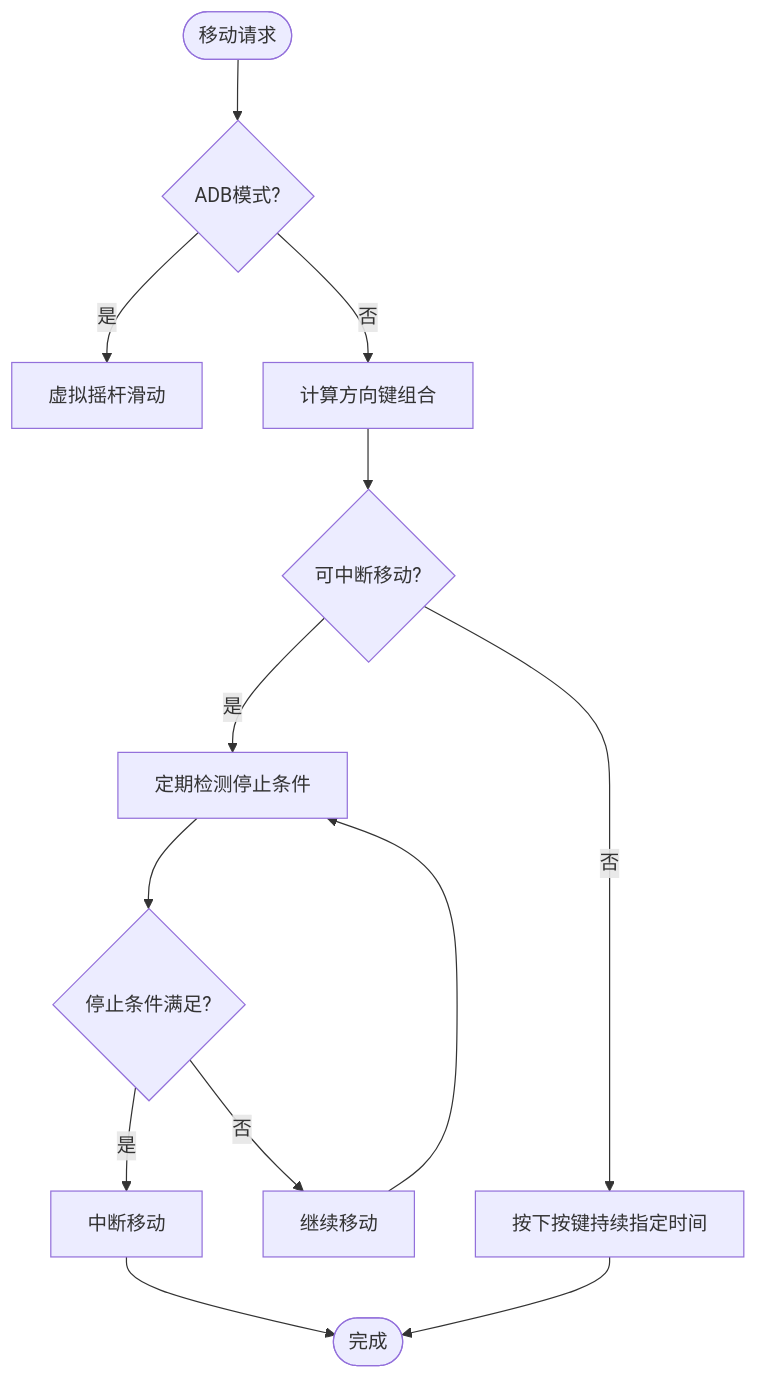
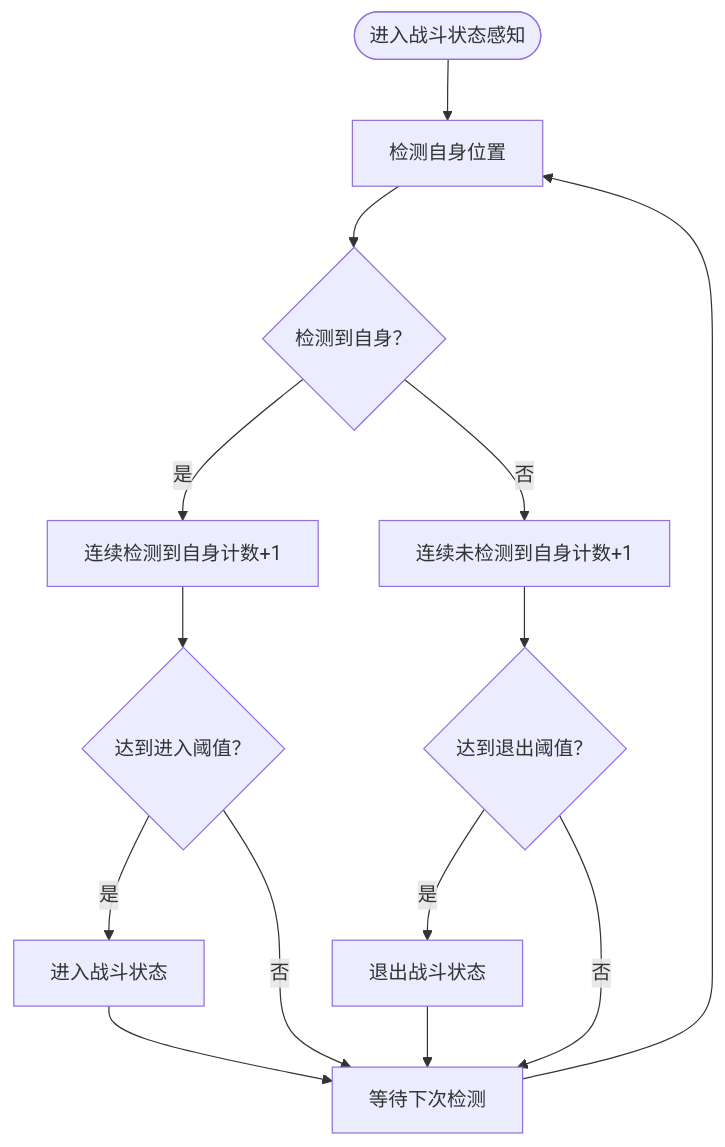
The fourth of 8 diagrams in .qoder/repowiki/zh/content/任务系统/自动战斗任务.md (xsy098-max/ok-jump), drawn with Mermaid before and after one commit. The commit also changed other lines of this file and 216 other files, not shown here.

````diff
--- a/.qoder/repowiki/zh/content/任务系统/自动战斗任务.md
+++ b/.qoder/repowiki/zh/content/任务系统/自动战斗任务.md
@@ -247,15 +233,16 @@
 ```mermaid
 flowchart TD
-Start([移动请求]) --> Mode{"ADB模式?"}
-Mode --> |是| ADB["虚拟摇杆滑动"]
-Mode --> |否| PC["计算方向键组合"]
-PC --> InterruptCheck{"可中断移动?"}
-InterruptCheck --> |是| Interrupt["定期检测停止条件"]
-InterruptCheck --> |否| Press["按下按键持续指定时间"]
-Interrupt --> CheckCallback{"停止条件满足?"}
-CheckCallback --> |是| Stop["中断移动"]
-CheckCallback --> |否| Continue["继续移动"]
-Continue --> Interrupt
-Stop --> End([完成])
-Press --> End
+Start(["进入战斗状态感知"]) --> DetectSelf["检测自身位置"]
+DetectSelf --> SelfFound{"检测到自身？"}
+SelfFound --> |是| ConsecutiveFound["连续检测到自身计数+1"]
+SelfFound --> |否| ConsecutiveNot["连续未检测到自身计数+1"]
+ConsecutiveFound --> FoundThreshold{"达到进入阈值？"}
+FoundThreshold --> |是| EnterCombat["进入战斗状态"]
+FoundThreshold --> |否| Wait["等待下次检测"]
+ConsecutiveNot --> NotFoundThreshold{"达到退出阈值？"}
+NotFoundThreshold --> |是| ExitCombat["退出战斗状态"]
+NotFoundThreshold --> |否| Wait
+EnterCombat --> Wait
+ExitCombat --> Wait
+Wait --> DetectSelf
 ```
````
